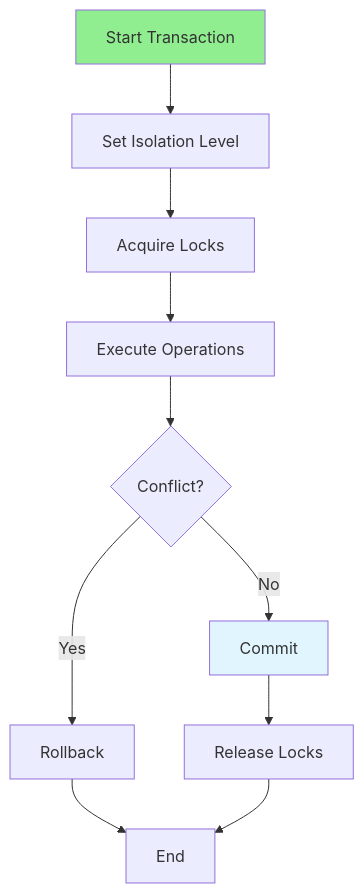
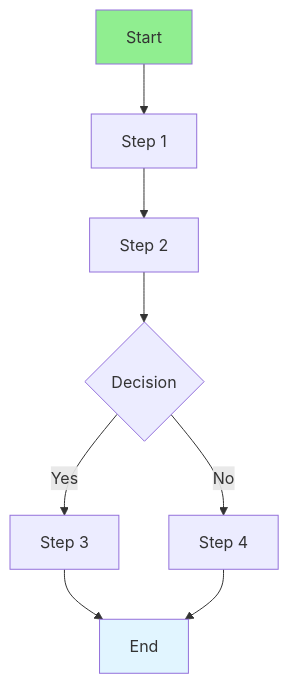
The diagram in Full-Stack-Guides/Group-09-Complex-Functions/09.09_Workflow_Management.md (iouthnamain/tech-note), drawn with Mermaid before and after one commit. The commit also changed other lines of this file and 480 other files, not shown here.

````diff
--- a/Full-Stack-Guides/Group-09-Complex-Functions/09.09_Workflow_Management.md
+++ b/Full-Stack-Guides/Group-09-Complex-Functions/09.09_Workflow_Management.md
@@ -23,15 +22,13 @@
 ```mermaid
-graph TD
-    Start[Start Transaction] --> Isolation[Set Isolation Level]
-    Isolation --> Lock[Acquire Locks]
-    Lock --> Execute[Execute Operations]
-    Execute --> Conflict{Conflict?}
-    Conflict -->|Yes| Rollback[Rollback]
-    Conflict -->|No| Commit[Commit]
-    Rollback --> End[End]
-    Commit --> Release[Release Locks]
-    Release --> End
+flowchart TD
+    Start[Start] --> Step1[Step 1]
+    Step1 --> Step2[Step 2]
+    Step2 --> Decision{Decision}
+    Decision -->|Yes| Step3[Step 3]
+    Decision -->|No| Step4[Step 4]
+    Step3 --> End[End]
+    Step4 --> End
     
     style Start fill:#90EE90
-    style Commit fill:#e1f5ff
+    style End fill:#e1f5ff
 ```
````
